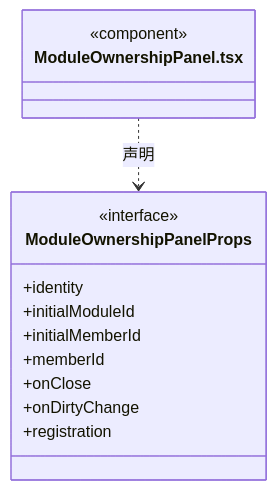
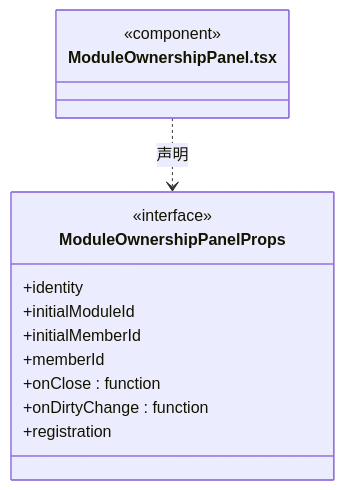
One commit to nan023062/cbim changed diagram 13 of 20 in src/view/workspace/ARCHITECTURE.md. Above: the diagram before and after it, drawn with Mermaid. The commit also changed other lines of this file and 137 other files, not shown here.

Commit message:
fix: align architecture generator with documentation standards

````diff
--- a/src/view/workspace/ARCHITECTURE.md
+++ b/src/view/workspace/ARCHITECTURE.md
@@ -399,17 +412,17 @@
 ```mermaid
 classDiagram
 class N_src_view_workspace_ModuleOwnershipPanel_tsx["ModuleOwnershipPanel.tsx"] {
   <<component>>
 }
 class N_src_view_workspace_ModuleOwnershipPanel_tsx_ModuleOwnershipPanelProps["ModuleOwnershipPanelProps"] {
   <<interface>>
   +identity
   +initialModuleId
   +initialMemberId
   +memberId
-  +onClose
-  +onDirtyChange
+  +onClose : function
+  +onDirtyChange : function
   +registration
 }
 N_src_view_workspace_ModuleOwnershipPanel_tsx ..> N_src_view_workspace_ModuleOwnershipPanel_tsx_ModuleOwnershipPanelProps : 声明
 ```
````
